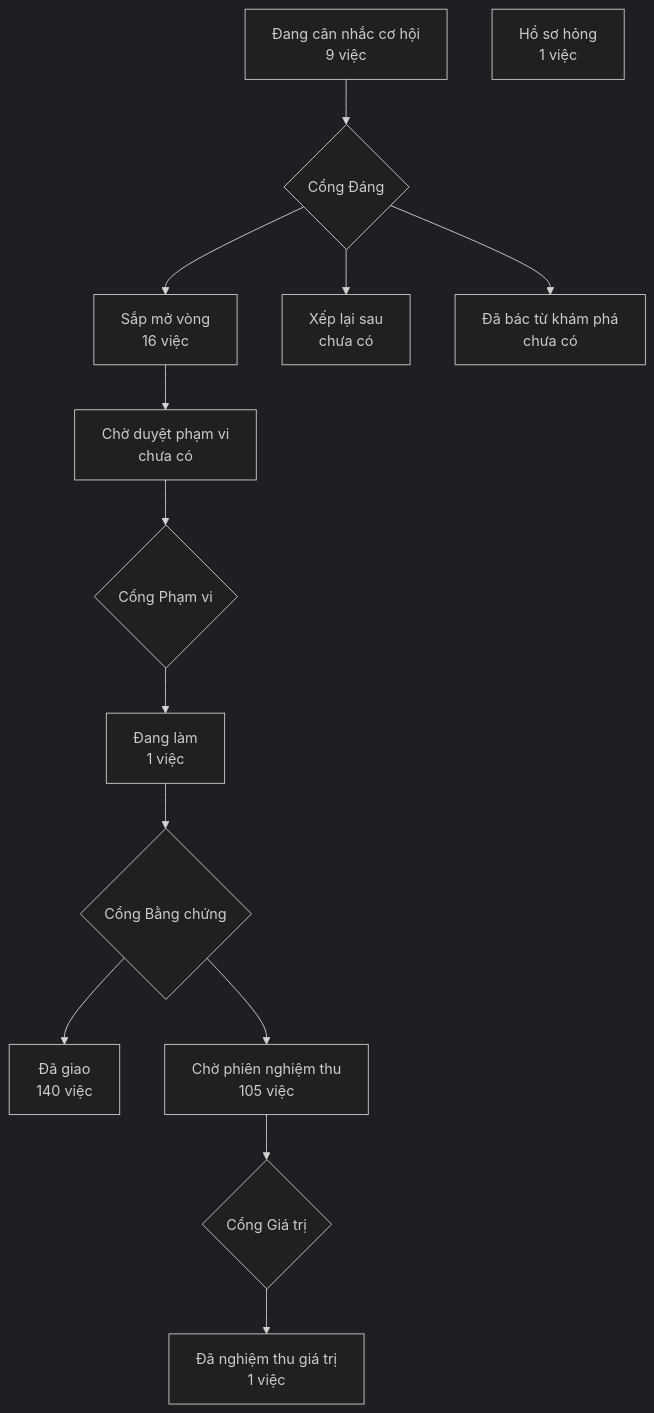
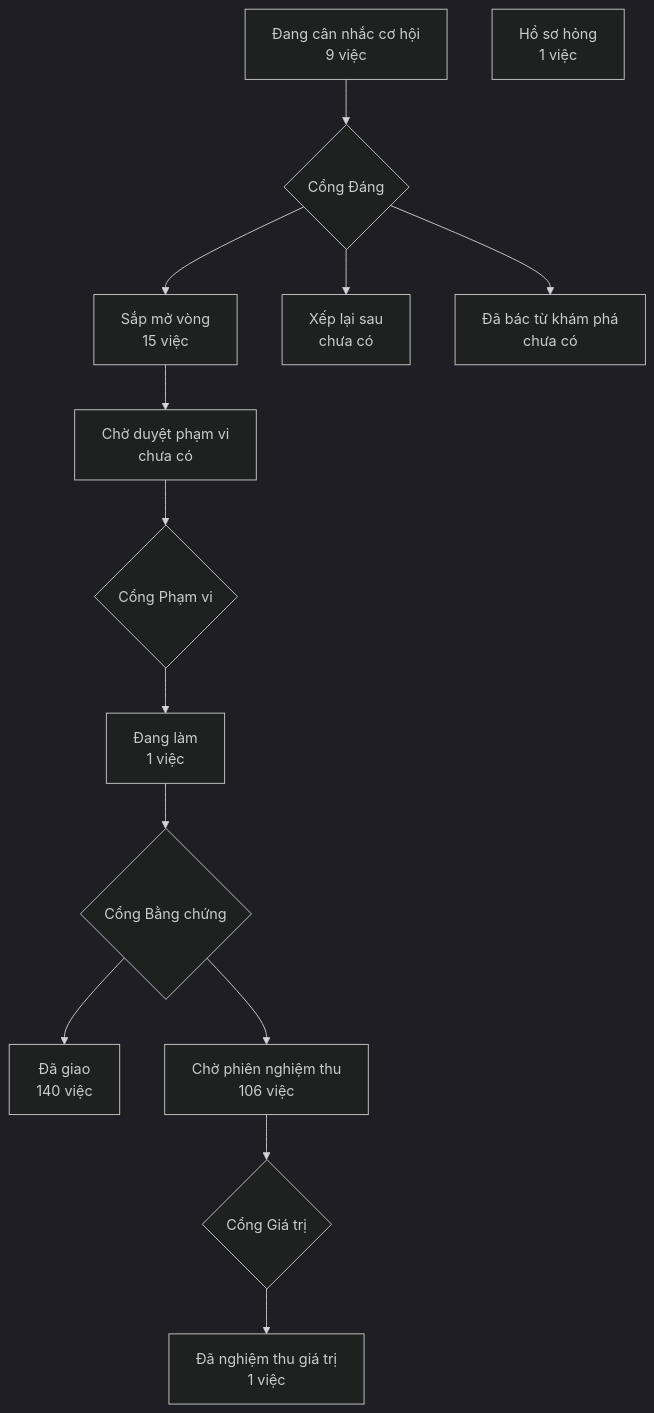
The diagram in PRODUCT-MAP.md (phanlemanh/crm-onehub), drawn with Mermaid (dark theme) before and after one commit. The commit also changed 1 other file, not shown here.

Commit message:
chore: vẽ lại bản đồ sản phẩm sau gộp onehub f3e8192fa (L4)

````diff
--- a/PRODUCT-MAP.md
+++ b/PRODUCT-MAP.md
@@ -7,13 +7,13 @@
 ```mermaid
 flowchart TD
   A["Đang cân nhắc cơ hội<br/>9 việc"] --> GD{"Cổng Đáng"}
-  GD --> B["Sắp mở vòng<br/>16 việc"]
+  GD --> B["Sắp mở vòng<br/>15 việc"]
   GD --> XL["Xếp lại sau<br/>chưa có"]
   GD --> DB["Đã bác từ khám phá<br/>chưa có"]
   B --> CD["Chờ duyệt phạm vi<br/>chưa có"] --> GP{"Cổng Phạm vi"}
   GP --> DL["Đang làm<br/>1 việc"] --> GB{"Cổng Bằng chứng"}
   GB --> DG["Đã giao<br/>140 việc"]
-  GB --> CN["Chờ phiên nghiệm thu<br/>105 việc"] --> GG{"Cổng Giá trị"}
+  GB --> CN["Chờ phiên nghiệm thu<br/>106 việc"] --> GG{"Cổng Giá trị"}
   GG --> NT["Đã nghiệm thu giá trị<br/>1 việc"]
   HS["Hồ sơ hỏng<br/>1 việc"]
 ```
````
